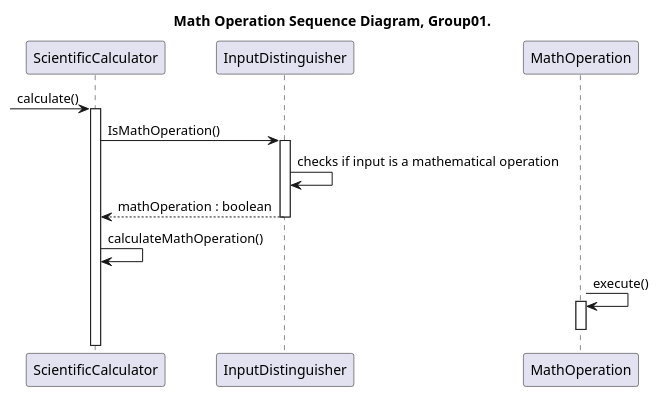
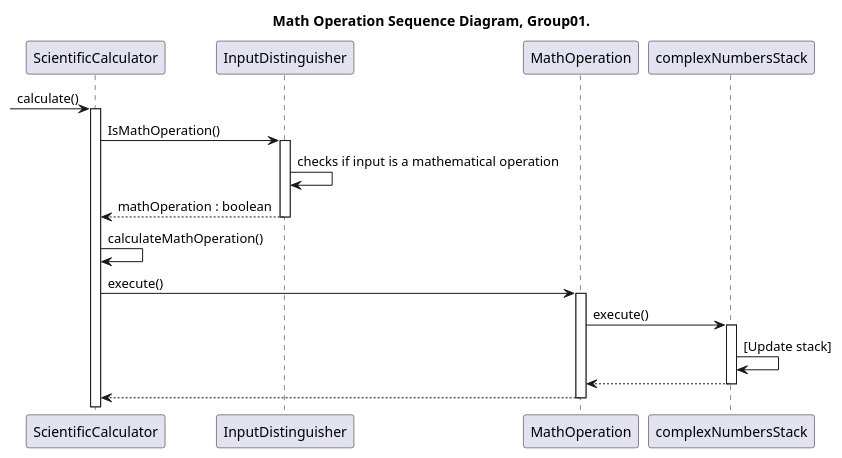
The diagram in sequence_diagram/MathOperation_SequenceDiagram_Group01.puml (CiroCutolo/Scientific_Calculator_group01_2023), drawn with PlantUML before and after one commit. The commit also changed 10 other files, not shown here.

Commit message:
Modifiche apportate ad i sequence diagrams.

```diff
--- a/sequence_diagram/MathOperation_SequenceDiagram_Group01.puml
+++ b/sequence_diagram/MathOperation_SequenceDiagram_Group01.puml
@@ -1,23 +1,30 @@
 @startuml MathOperation_SequenceDiagram_Group01
 
 title Math Operation Sequence Diagram, Group01.
 
 participant ScientificCalculator as calc
 participant InputDistinguisher as input
 participant MathOperation as math
+participant complexNumbersStack as num_stack
 
 -> calc:calculate()
 activate calc
 
 calc -> input : IsMathOperation()
 activate input
 input -> input : checks if input is a mathematical operation
 input --> calc : mathOperation : boolean
 deactivate input
 
 calc -> calc : calculateMathOperation()
-math -> math : execute()
+calc -> math : execute()
 activate math
+math -> num_stack : execute()
+activate num_stack
+num_stack -> num_stack : [Update stack]
+num_stack --> math
+deactivate num_stack
+math --> calc
 deactivate math
 
 @enduml
```
